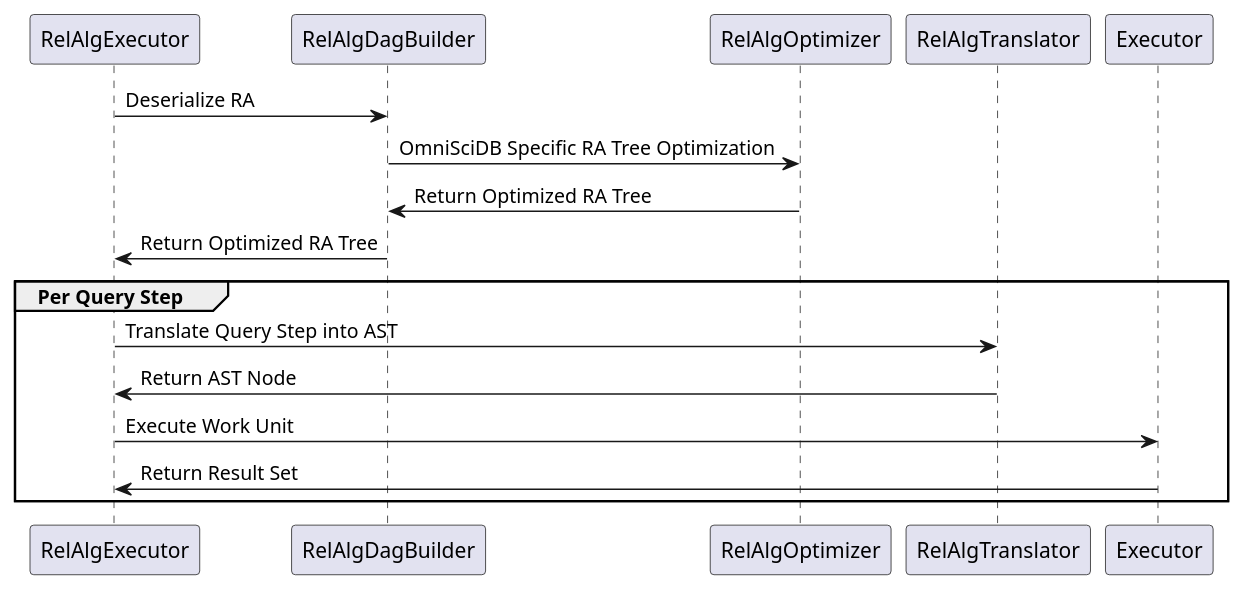
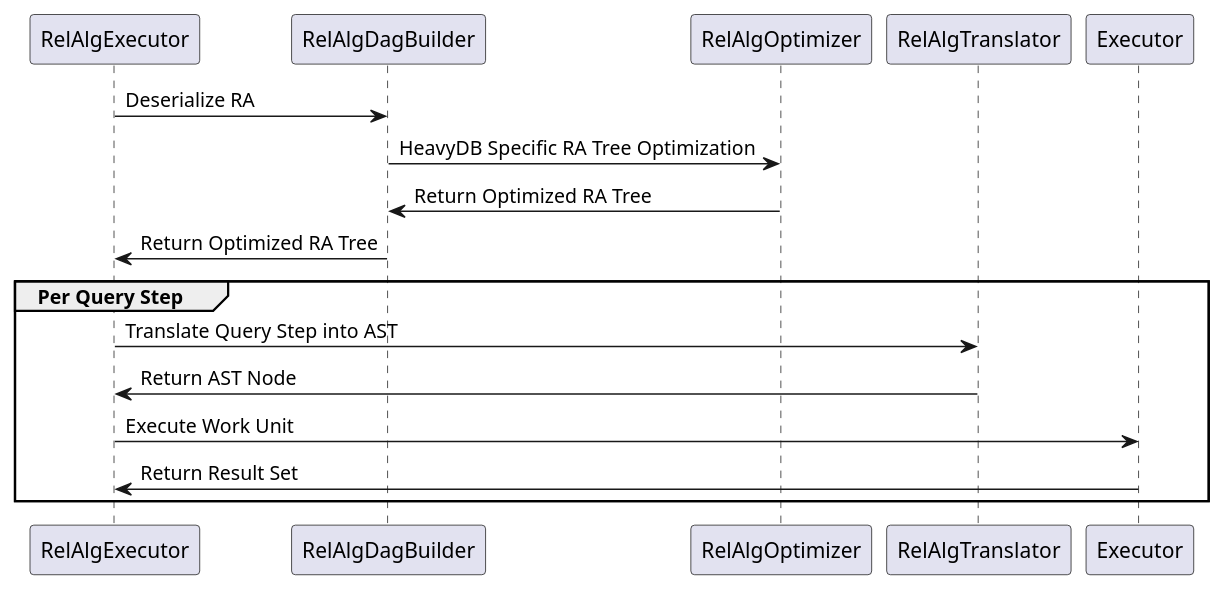
One commit to heavyai/heavydb changed the second of 2 diagrams in docs/source/execution/overview.rst. Above: the diagram before and after it, drawn with PlantUML. The commit also changed other lines of this file and 34 other files, not shown here.

```diff
--- a/docs/source/execution/overview.rst
+++ b/docs/source/execution/overview.rst
@@ -45,25 +45,25 @@
 .. uml::
     :align: center
 
     @startuml
     RelAlgExecutor -> RelAlgDagBuilder: Deserialize RA 
 
-    RelAlgDagBuilder -> RelAlgOptimizer: OmniSciDB Specific RA Tree Optimization
+    RelAlgDagBuilder -> RelAlgOptimizer: HeavyDB Specific RA Tree Optimization
 
     RelAlgOptimizer -> RelAlgDagBuilder: Return Optimized RA Tree
 
     RelAlgDagBuilder -> RelAlgExecutor: Return Optimized RA Tree
 
     group Per Query Step
 
     RelAlgExecutor -> RelAlgTranslator: Translate Query Step into AST
 
     RelAlgTranslator -> RelAlgExecutor: Return AST Node
 
     RelAlgExecutor -> Executor: Execute Work Unit
 
     Executor -> RelAlgExecutor: Return Result Set
 
     end
     
     @enduml
```
